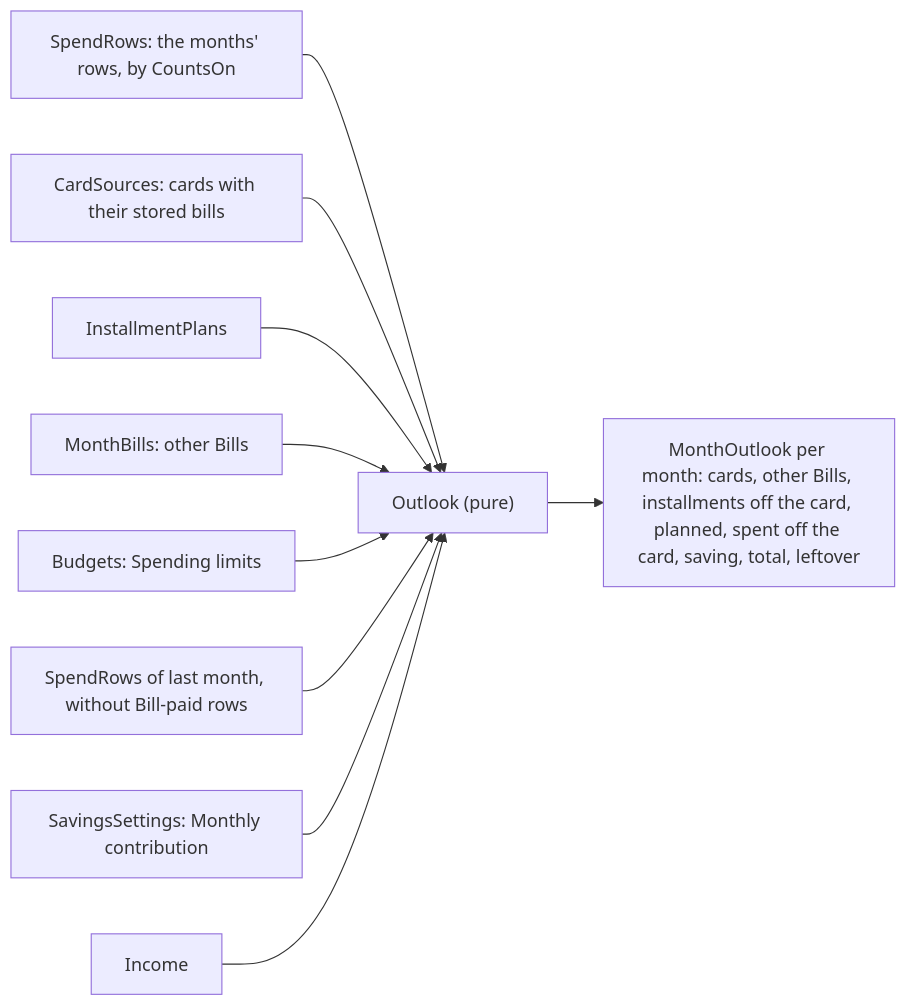
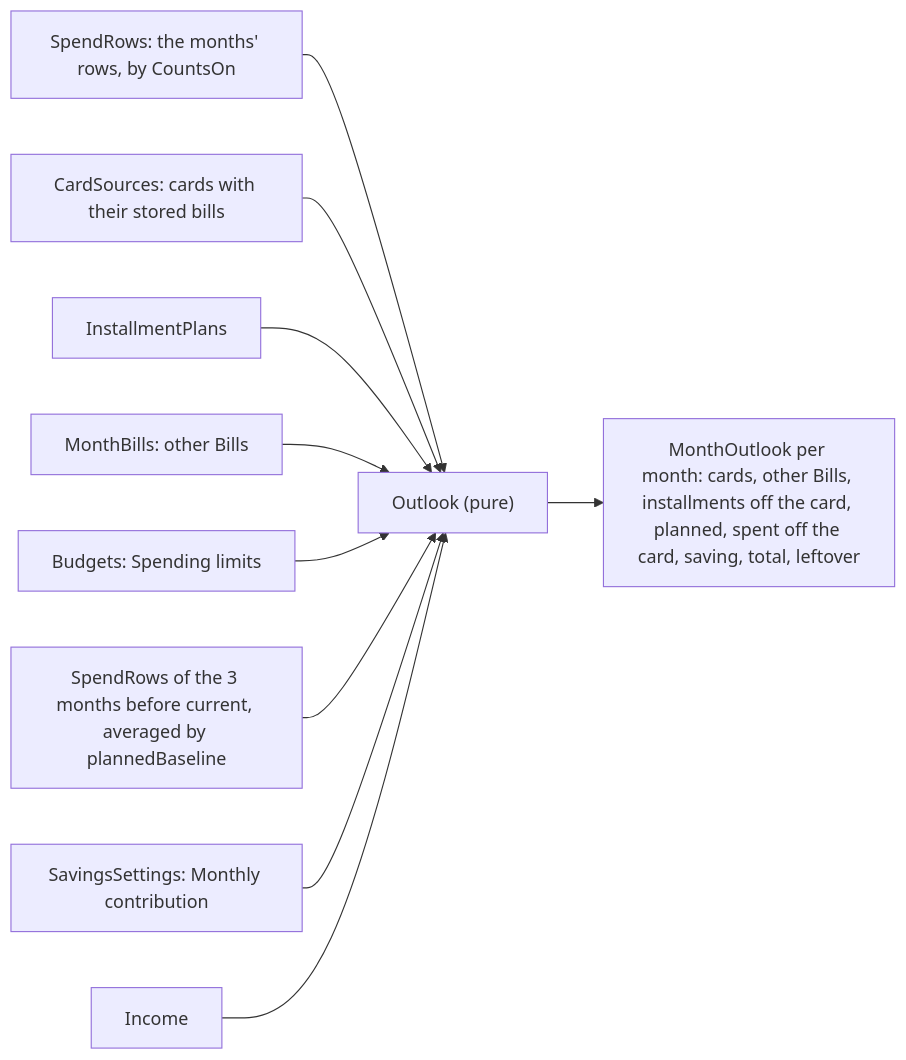
The third of 5 diagrams in docs/architecture/backend.md (AbnerWillclefy/Homeowner), drawn with Mermaid before and after one commit. The commit also changed other lines of this file and 2 other files, not shown here.

Commit message:
docs(finance): describe planned spending as the 3-month average

````diff
--- a/docs/architecture/backend.md
+++ b/docs/architecture/backend.md
@@ -228,12 +228,12 @@
 ```mermaid
 flowchart LR
     SR["SpendRows: the months' rows, by CountsOn"] --> O["Outlook (pure)"]
     CS["CardSources: cards with their stored bills"] --> O
     IP["InstallmentPlans"] --> O
     MB["MonthBills: other Bills"] --> O
     BU["Budgets: Spending limits"] --> O
-    LM["SpendRows of last month, without Bill-paid rows"] --> O
+    LM["SpendRows of the 3 months before current, averaged by plannedBaseline"] --> O
     SS["SavingsSettings: Monthly contribution"] --> O
     IN["Income"] --> O
     O --> MO["MonthOutlook per month: cards, other Bills, installments off the card, planned, spent off the card, saving, total, leftover"]
 ```
````
